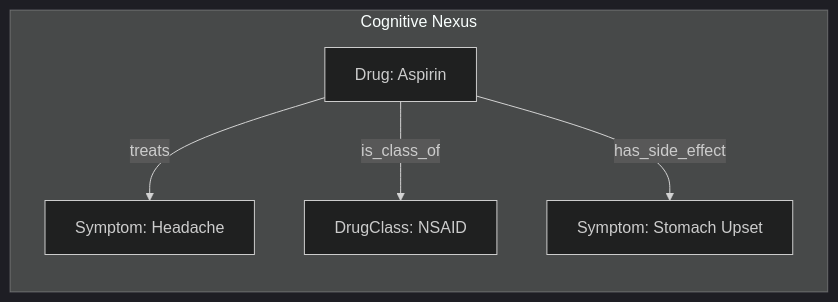
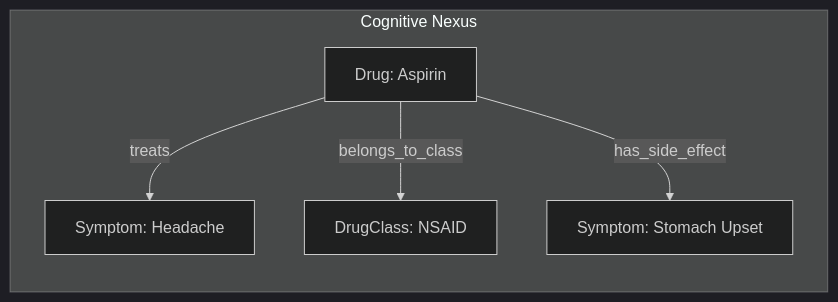
One commit to ldclabs/KIP changed the diagram in README.md. Above: the diagram before and after it, drawn with Mermaid (dark theme). The commit also changed other lines of this file and 20 other files, not shown here.

````diff
--- a/README.md
+++ b/README.md
@@ -72,8 +77,8 @@
 ```mermaid
 graph LR
     subgraph "Cognitive Nexus"
         A[Drug: Aspirin] -->|treats| B[Symptom: Headache]
-        A -->|is_class_of| C[DrugClass: NSAID]
+        A -->|belongs_to_class| C[DrugClass: NSAID]
         A -->|has_side_effect| D[Symptom: Stomach Upset]
     end
 ```
````
